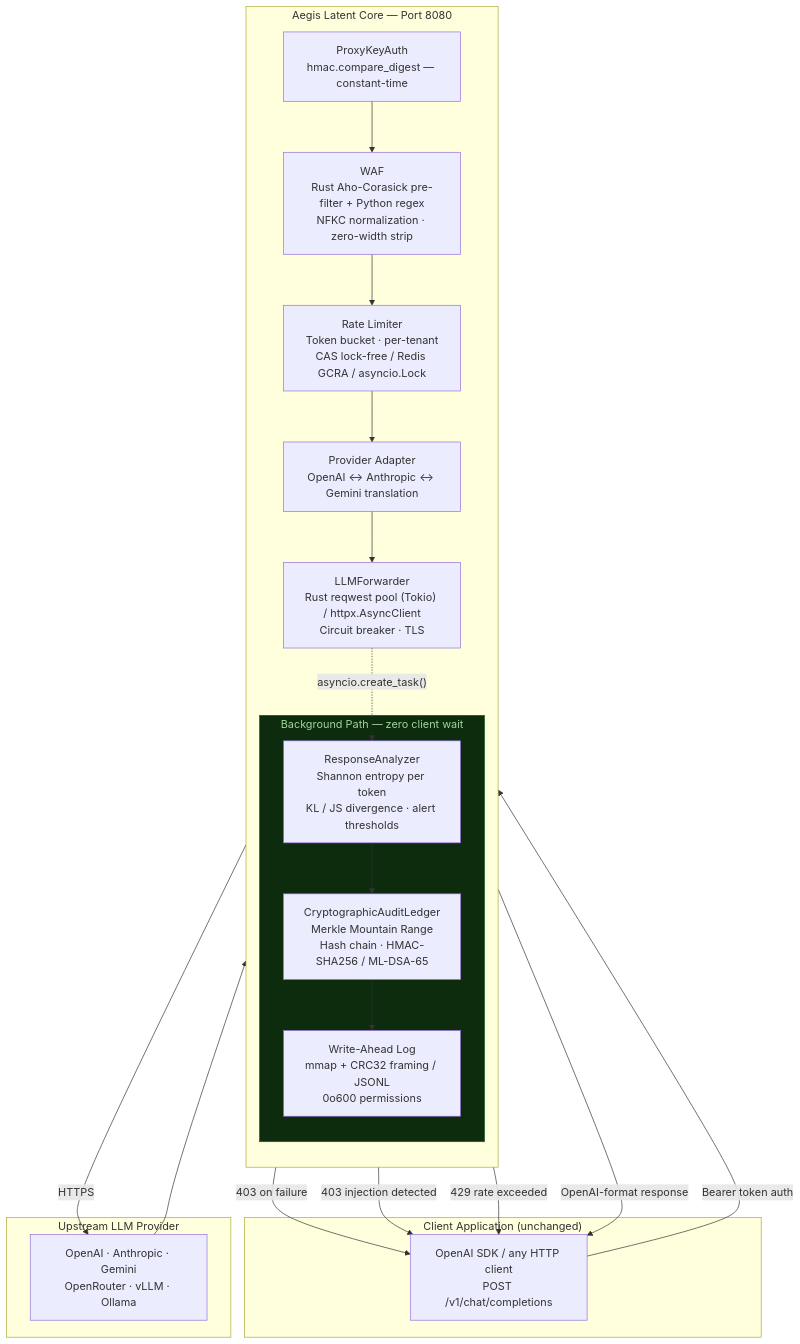
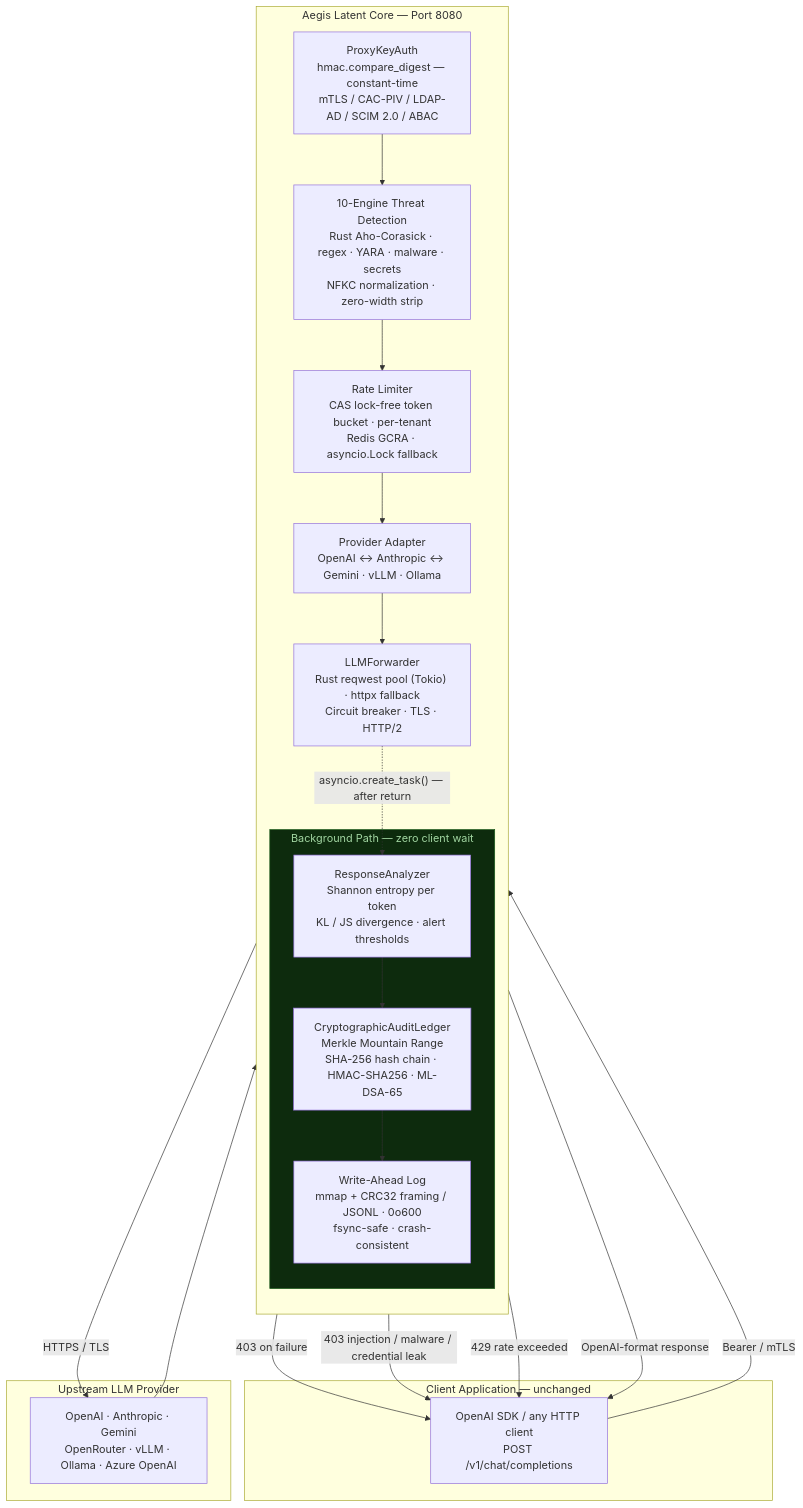
Before and after one commit to block-stacker/aegis-latent-core: the first of 3 diagrams in README.md, drawn with Mermaid. The commit also changed other lines of this file, not shown here.

````diff
--- a/README.md
+++ b/README.md
@@ -94,40 +120,40 @@
 ```mermaid
 graph TB
-    subgraph Client["Client Application (unchanged)"]
+    subgraph Client["Client Application — unchanged"]
         SDK["OpenAI SDK / any HTTP client\nPOST /v1/chat/completions"]
     end
 
     subgraph Aegis["Aegis Latent Core — Port 8080"]
         direction TB
-        AUTH["ProxyKeyAuth\nhmac.compare_digest — constant-time"]
-        WAF["WAF\nRust Aho-Corasick pre-filter + Python regex\nNFKC normalization · zero-width strip"]
-        RL["Rate Limiter\nToken bucket · per-tenant\nCAS lock-free / Redis GCRA / asyncio.Lock"]
-        PA["Provider Adapter\nOpenAI ↔ Anthropic ↔ Gemini translation"]
-        FWD["LLMForwarder\nRust reqwest pool (Tokio) / httpx.AsyncClient\nCircuit breaker · TLS"]
+        AUTH["ProxyKeyAuth\nhmac.compare_digest — constant-time\nmTLS / CAC-PIV / LDAP-AD / SCIM 2.0 / ABAC"]
+        WAF["10-Engine Threat Detection\nRust Aho-Corasick · regex · YARA · malware · secrets\nNFKC normalization · zero-width strip"]
+        RL["Rate Limiter\nCAS lock-free token bucket · per-tenant\nRedis GCRA · asyncio.Lock fallback"]
+        PA["Provider Adapter\nOpenAI ↔ Anthropic ↔ Gemini · vLLM · Ollama"]
+        FWD["LLMForwarder\nRust reqwest pool (Tokio) · httpx fallback\nCircuit breaker · TLS · HTTP/2"]
 
         subgraph BG["Background Path — zero client wait"]
             ANA["ResponseAnalyzer\nShannon entropy per token\nKL / JS divergence · alert thresholds"]
-            CAL["CryptographicAuditLedger\nMerkle Mountain Range\nHash chain · HMAC-SHA256 / ML-DSA-65"]
-            WAL_S["Write-Ahead Log\nmmap + CRC32 framing / JSONL\n0o600 permissions"]
+            CAL["CryptographicAuditLedger\nMerkle Mountain Range\nSHA-256 hash chain · HMAC-SHA256 · ML-DSA-65"]
+            WAL_S["Write-Ahead Log\nmmap + CRC32 framing / JSONL · 0o600\nfsync-safe · crash-consistent"]
         end
     end
 
     subgraph UP["Upstream LLM Provider"]
-        LLM["OpenAI · Anthropic · Gemini\nOpenRouter · vLLM · Ollama"]
+        LLM["OpenAI · Anthropic · Gemini\nOpenRouter · vLLM · Ollama · Azure OpenAI"]
     end
 
-    SDK -->|"Bearer token auth"| AUTH
+    SDK -->|"Bearer / mTLS"| AUTH
     AUTH -->|"403 on failure"| SDK
     AUTH --> WAF
-    WAF -->|"403 injection detected"| SDK
+    WAF -->|"403 injection / malware / credential leak"| SDK
     WAF --> RL
     RL -->|"429 rate exceeded"| SDK
     RL --> PA --> FWD
-    FWD -->|"HTTPS"| LLM
+    FWD -->|"HTTPS / TLS"| LLM
     LLM --> FWD
     FWD -->|"OpenAI-format response"| SDK
-    FWD -.->|"asyncio.create_task()"| ANA
+    FWD -.->|"asyncio.create_task() — after return"| ANA
     ANA --> CAL --> WAL_S
 
     style BG fill:#0d2b0d,stroke:#1a5c1a,color:#a0d4a0
 ```
````
